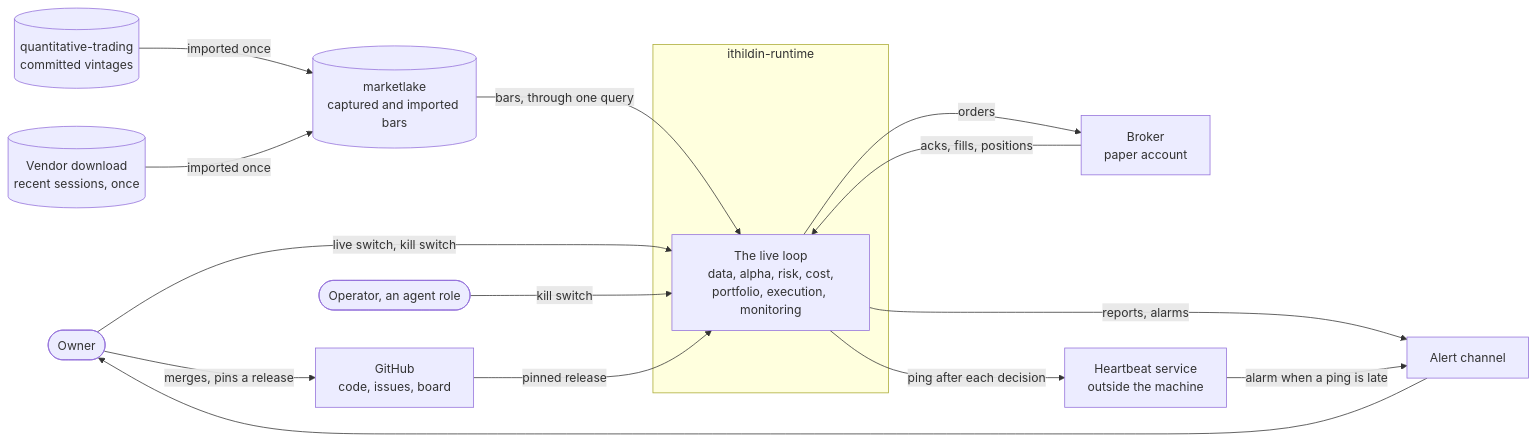
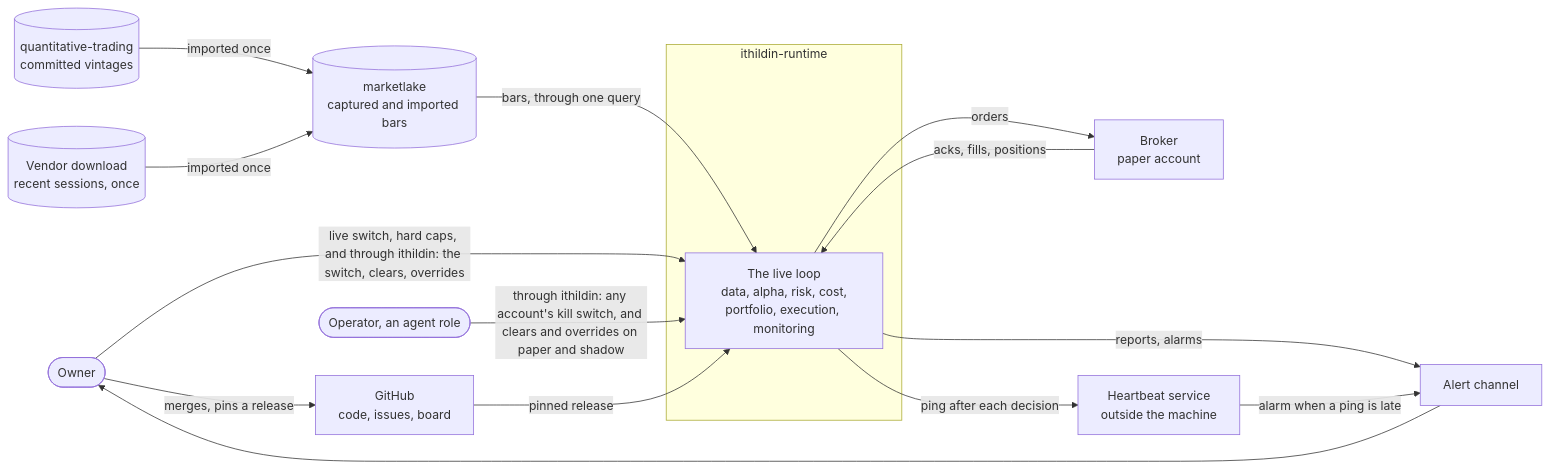
The first of 16 diagrams in docs/architecture.md (l3a0/ithildin-runtime), drawn with Mermaid before and after one commit. The commit also changed other lines of this file and 2 other files, not shown here.

First line of the commit message:
docs(architecture): scrub the diagrams and prose against the latest design

````diff
--- a/docs/architecture.md
+++ b/docs/architecture.md
@@ -137,29 +133,29 @@
 ```mermaid
 flowchart LR
     owner(["Owner"])
     operator(["Operator, an agent role"])
     subgraph platform["ithildin-runtime"]
         loop["The live loop<br/>data, alpha, risk, cost,<br/>portfolio, execution, monitoring"]
     end
     qt[("quantitative-trading<br/>committed vintages")]
     vendor[("Vendor download<br/>recent sessions, once")]
     lake[("marketlake<br/>captured and imported bars")]
     broker["Broker<br/>paper account"]
     alerts["Alert channel"]
     heartbeat["Heartbeat service<br/>outside the machine"]
     github["GitHub<br/>code, issues, board"]
 
     qt -->|"imported once"| lake
     vendor -->|"imported once"| lake
     lake -->|"bars, through one query"| loop
     loop -->|"orders"| broker
     broker -->|"acks, fills, positions"| loop
     loop -->|"reports, alarms"| alerts
     loop -->|"ping after each decision"| heartbeat
     heartbeat -->|"alarm when a ping is late"| alerts
     alerts --> owner
-    owner -->|"live switch, kill switch"| loop
-    operator -->|"kill switch"| loop
+    owner -->|"live switch, hard caps, and through ithildin: the switch, clears, overrides"| loop
+    operator -->|"through ithildin: any account's kill switch, and clears and overrides on paper and shadow"| loop
     owner -->|"merges, pins a release"| github
     github -->|"pinned release"| loop
 ```
````
